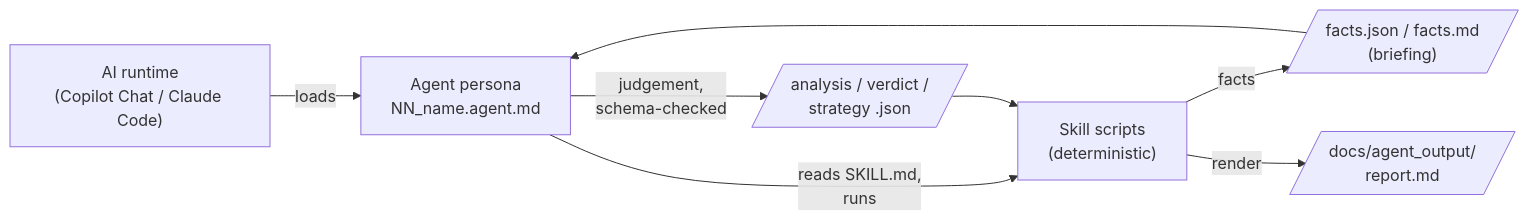
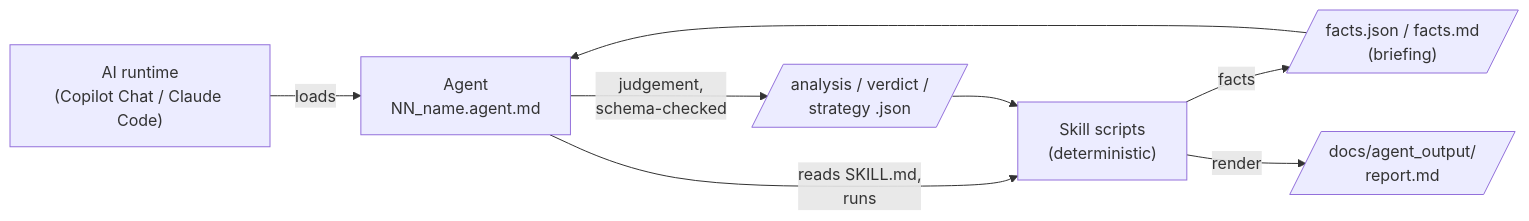
One commit to KrishnaAnnavaram/MARS changed the second of 31 diagrams in README.md. Above: the diagram before and after it, drawn with Mermaid. The commit also changed other lines of this file and 1 other file, not shown here.

````diff
--- a/README.md
+++ b/README.md
@@ -167,10 +181,10 @@
 ```mermaid
 flowchart LR
-    RT["AI runtime<br/>(Copilot Chat / Claude Code)"] -->|"loads"| AG["Agent persona<br/>NN_name.agent.md"]
+    RT["AI runtime<br/>(Copilot Chat / Claude Code)"] -->|"loads"| AG["Agent<br/>NN_name.agent.md"]
     AG -->|"reads SKILL.md,<br/>runs"| SC["Skill scripts<br/>(deterministic)"]
     SC -->|"facts"| F[/"facts.json / facts.md<br/>(briefing)"/]
     F --> AG
     AG -->|"judgement,<br/>schema-checked"| J[/"analysis / verdict /<br/>strategy .json"/]
     J --> SC
     SC -->|"render"| R[/"docs/agent_output/<br/>report.md"/]
 ```
````
